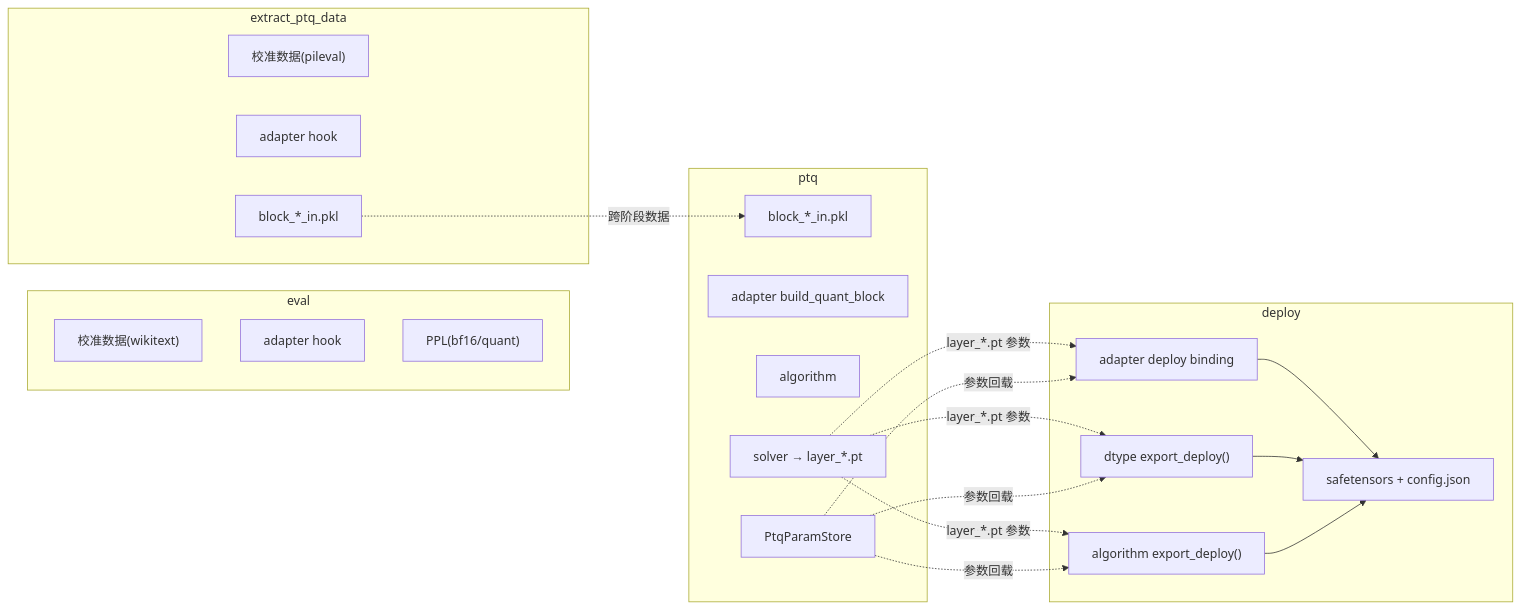
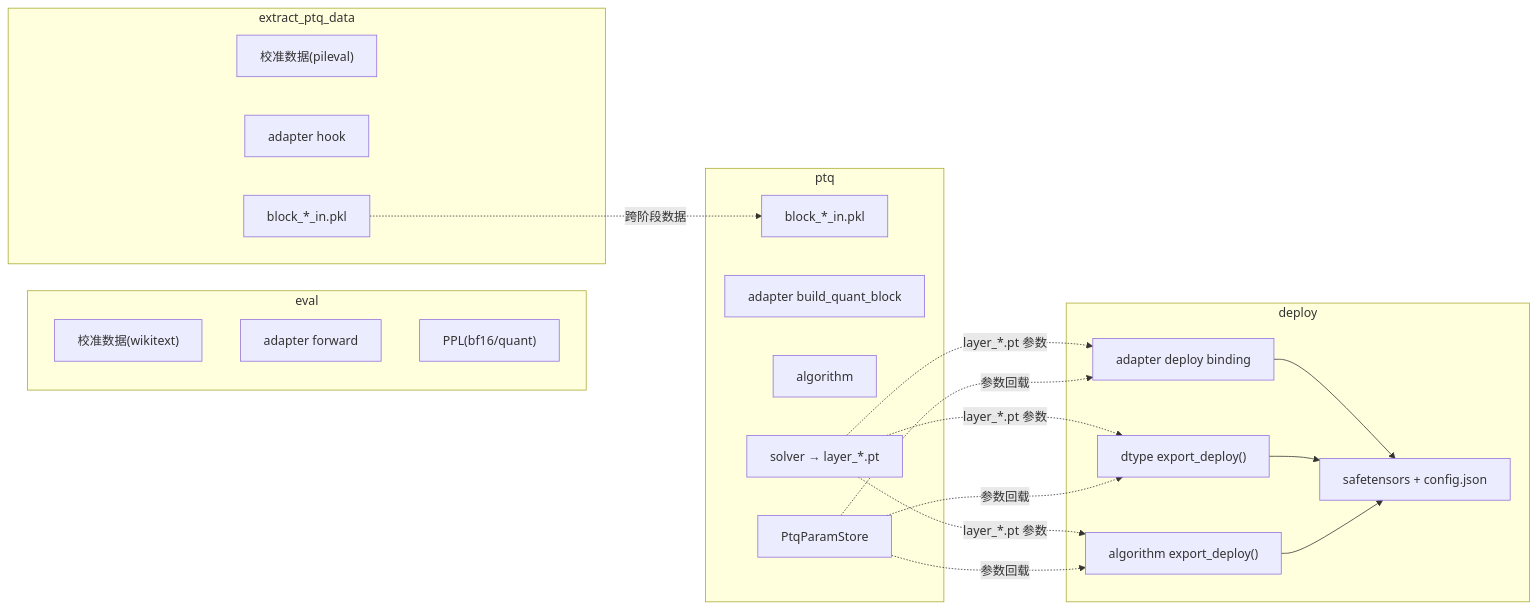
The fifth of 5 diagrams in .agents/docs/amct_coder_analysis/data_flow_design_v2.md (Atlas-Ascend-Fork/amct), drawn with Mermaid before and after one commit. The commit also changed other lines of this file and 1 other file, not shown here.

````diff
--- a/.agents/docs/amct_coder_analysis/data_flow_design_v2.md
+++ b/.agents/docs/amct_coder_analysis/data_flow_design_v2.md
@@ -127,40 +127,40 @@
 ```mermaid
 flowchart LR
     subgraph EVAL["eval"]
         E1["校准数据(wikitext)"]
-        E2["adapter hook"]
+        E2["adapter forward"]
         E3["PPL(bf16/quant)"]
     end
 
     subgraph EXTRACT["extract_ptq_data"]
         X1["校准数据(pileval)"]
         X2["adapter hook"]
         X3["block_*_in.pkl"]
     end
 
     subgraph PTQ["ptq"]
         P1["block_*_in.pkl"]
         P2["adapter build_quant_block"]
         P3["algorithm"]
         P4["solver → layer_*.pt"]
         P5["PtqParamStore"]
     end
 
     subgraph DEPLOY["deploy"]
         D1["adapter deploy binding"]
         D2["dtype export_deploy()"]
         D3["algorithm export_deploy()"]
         D4["safetensors + config.json"]
     end
 
     X3 -. "跨阶段数据" .-> P1
     P4 -. "layer_*.pt 参数" .-> D1
     P4 -. "layer_*.pt 参数" .-> D2
     P4 -. "layer_*.pt 参数" .-> D3
     P5 -. "参数回载" .-> D1
     P5 -. "参数回载" .-> D2
     P5 -. "参数回载" .-> D3
     D1 --> D4
     D2 --> D4
     D3 --> D4
 ```
````
